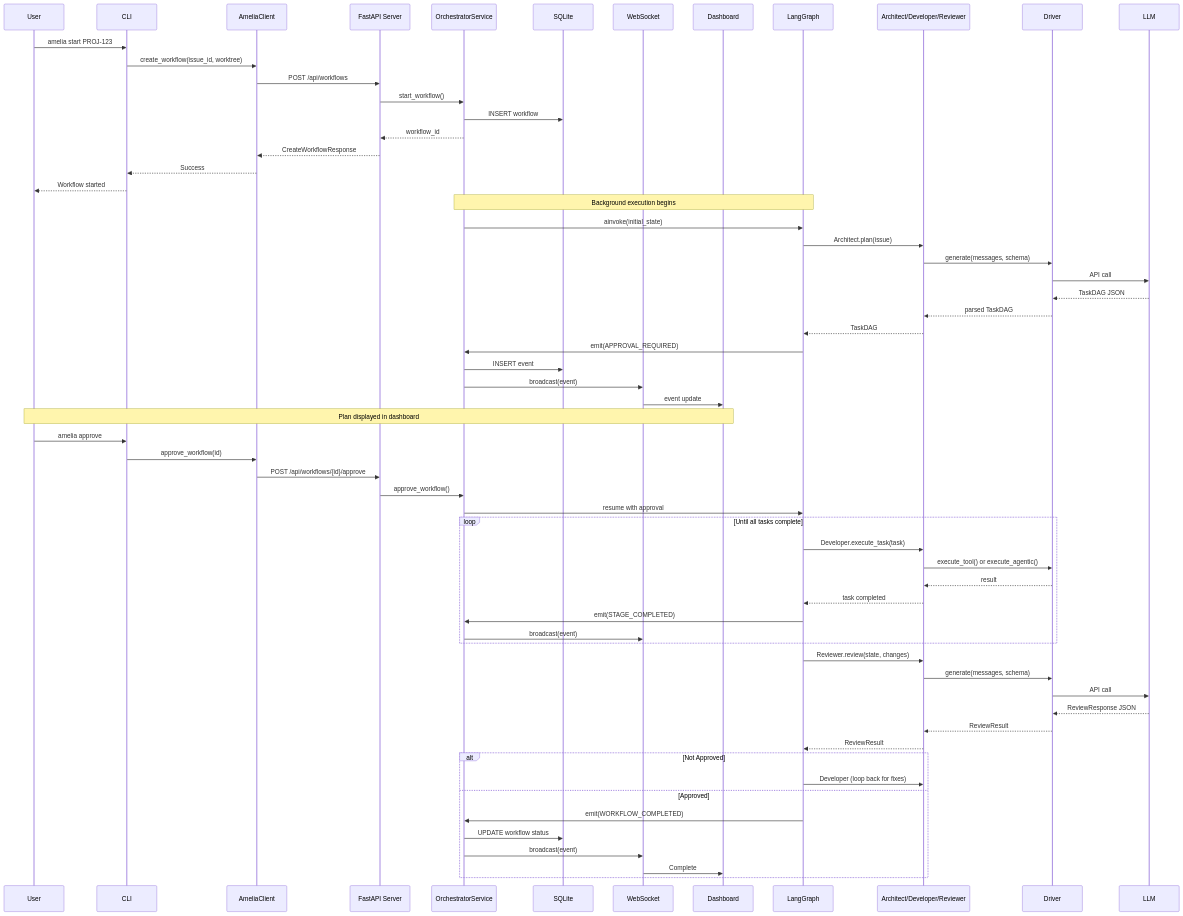
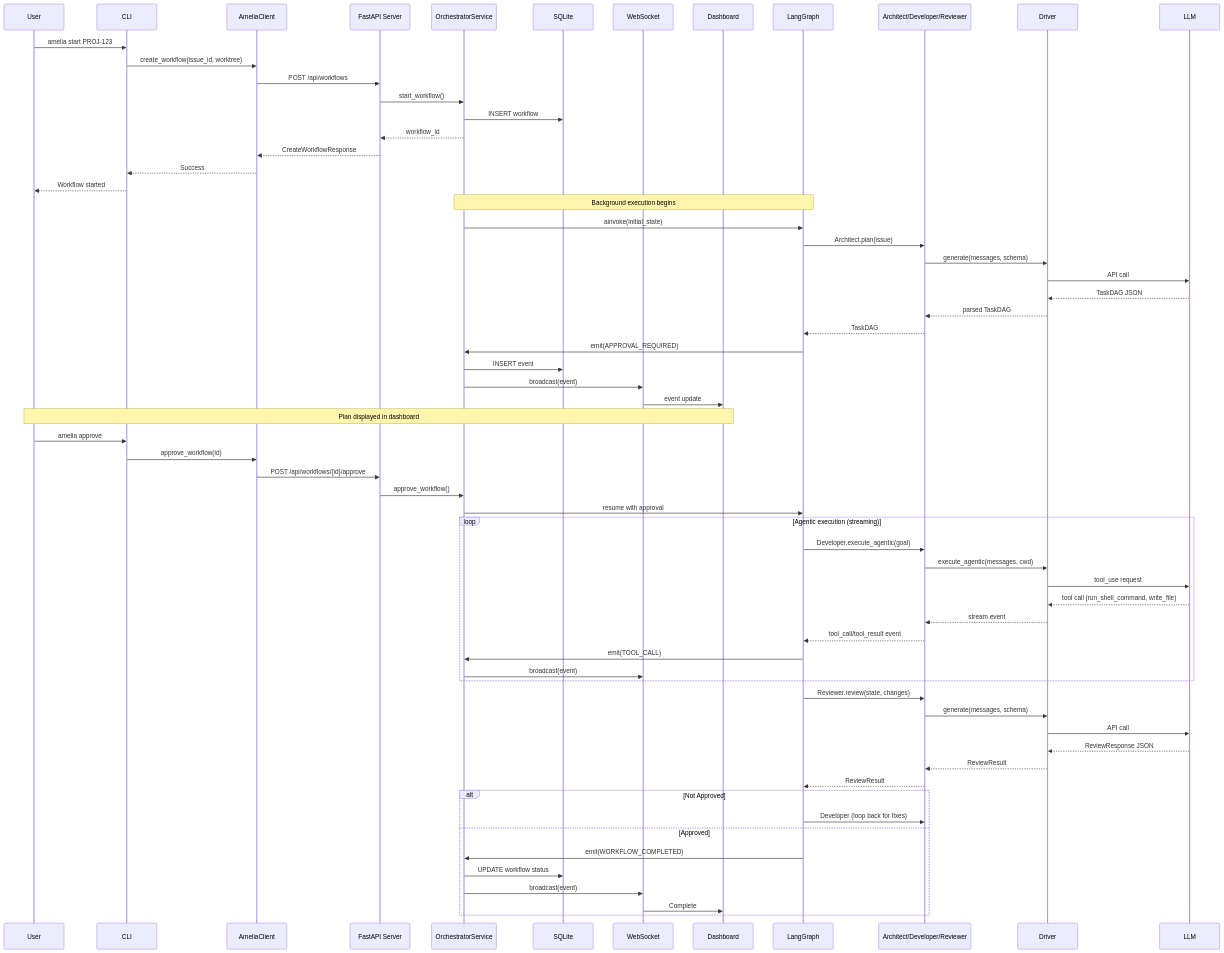
Before and after one commit to anderskev/amelia: the second of 2 diagrams in docs/site/architecture/overview.md, drawn with Mermaid. The commit also changed other lines of this file and 39 other files, not shown here.

````diff
--- a/docs/site/architecture/overview.md
+++ b/docs/site/architecture/overview.md
@@ -298,73 +311,75 @@
 ```mermaid
 sequenceDiagram
     participant User
     participant CLI
     participant Client as AmeliaClient
     participant Server as FastAPI Server
     participant Service as OrchestratorService
     participant DB as SQLite
     participant WS as WebSocket
     participant Dashboard
     participant Orchestrator as LangGraph
     participant Agents as Architect/Developer/Reviewer
     participant Driver
     participant LLM
 
     User->>CLI: amelia start PROJ-123
     CLI->>Client: create_workflow(issue_id, worktree)
     Client->>Server: POST /api/workflows
     Server->>Service: start_workflow()
     Service->>DB: INSERT workflow
     Service-->>Server: workflow_id
     Server-->>Client: CreateWorkflowResponse
     Client-->>CLI: Success
     CLI-->>User: Workflow started
 
     Note over Service,Orchestrator: Background execution begins
 
     Service->>Orchestrator: ainvoke(initial_state)
     Orchestrator->>Agents: Architect.plan(issue)
     Agents->>Driver: generate(messages, schema)
     Driver->>LLM: API call
     LLM-->>Driver: TaskDAG JSON
     Driver-->>Agents: parsed TaskDAG
     Agents-->>Orchestrator: TaskDAG
 
     Orchestrator->>Service: emit(APPROVAL_REQUIRED)
     Service->>DB: INSERT event
     Service->>WS: broadcast(event)
     WS->>Dashboard: event update
 
     Note over User,Dashboard: Plan displayed in dashboard
 
     User->>CLI: amelia approve
     CLI->>Client: approve_workflow(id)
     Client->>Server: POST /api/workflows/{id}/approve
     Server->>Service: approve_workflow()
     Service->>Orchestrator: resume with approval
 
-    loop Until all tasks complete
-        Orchestrator->>Agents: Developer.execute_task(task)
-        Agents->>Driver: execute_tool() or execute_agentic()
-        Driver-->>Agents: result
-        Agents-->>Orchestrator: task completed
-        Orchestrator->>Service: emit(STAGE_COMPLETED)
+    loop Agentic execution (streaming)
+        Orchestrator->>Agents: Developer.execute_agentic(goal)
+        Agents->>Driver: execute_agentic(messages, cwd)
+        Driver->>LLM: tool_use request
+        LLM-->>Driver: tool call (run_shell_command, write_file)
+        Driver-->>Agents: stream event
+        Agents-->>Orchestrator: tool_call/tool_result event
+        Orchestrator->>Service: emit(TOOL_CALL)
         Service->>WS: broadcast(event)
     end
 
     Orchestrator->>Agents: Reviewer.review(state, changes)
     Agents->>Driver: generate(messages, schema)
     Driver->>LLM: API call
     LLM-->>Driver: ReviewResponse JSON
     Driver-->>Agents: ReviewResult
     Agents-->>Orchestrator: ReviewResult
 
     alt Not Approved
         Orchestrator->>Agents: Developer (loop back for fixes)
     else Approved
         Orchestrator->>Service: emit(WORKFLOW_COMPLETED)
         Service->>DB: UPDATE workflow status
         Service->>WS: broadcast(event)
         WS->>Dashboard: Complete
     end
 ```
````
